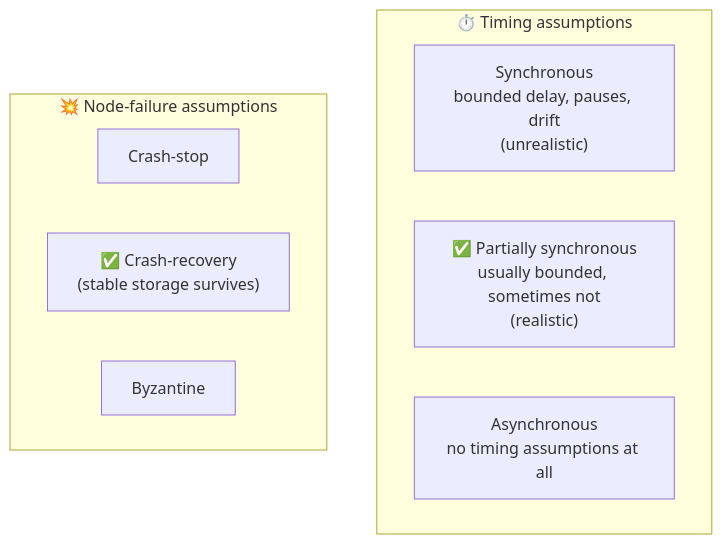
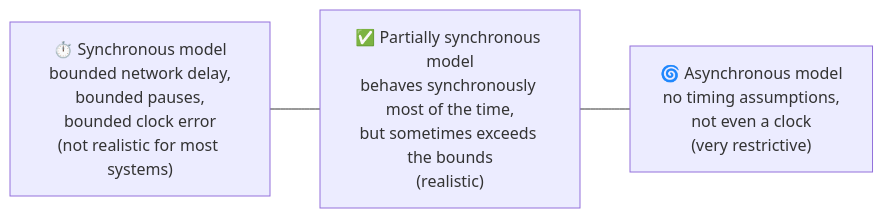
One commit to pratikguru998/ddia-book changed diagram 18 of 20 in docs/chapters/part-2/08-distributed-trouble.mdx. Above: the diagram before and after it, drawn with Mermaid. The commit also changed other lines of this file and 13 other files, not shown here.

Commit message:
Expand all 12 chapters: every book subsection, deeper notes, ~320 diagrams

````diff
--- a/docs/chapters/part-2/08-distributed-trouble.mdx
+++ b/docs/chapters/part-2/08-distributed-trouble.mdx
@@ -190,13 +865,7 @@
 ```mermaid
-flowchart TB
-  subgraph TIMING["⏱️ Timing assumptions"]
-    S1["Synchronous<br/>bounded delay, pauses, drift<br/>(unrealistic)"]
-    S2["✅ Partially synchronous<br/>usually bounded, sometimes not<br/>(realistic)"]
-    S3["Asynchronous<br/>no timing assumptions at all"]
-  end
-  subgraph FAIL["💥 Node-failure assumptions"]
-    F1["Crash-stop"]
-    F2["✅ Crash-recovery<br/>(stable storage survives)"]
-    F3["Byzantine"]
-  end
+flowchart LR
+  SY["⏱️ Synchronous model<br/>bounded network delay,<br/>bounded pauses,<br/>bounded clock error<br/>(not realistic for most systems)"]
+  PS["✅ Partially synchronous model<br/>behaves synchronously most of the time,<br/>but sometimes exceeds the bounds<br/>(realistic)"]
+  AS["🌀 Asynchronous model<br/>no timing assumptions,<br/>not even a clock<br/>(very restrictive)"]
+  SY --- PS --- AS
 ```
````
